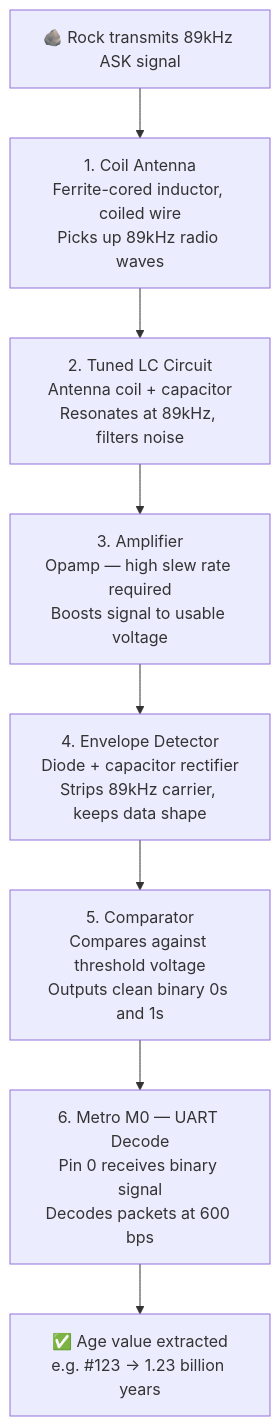
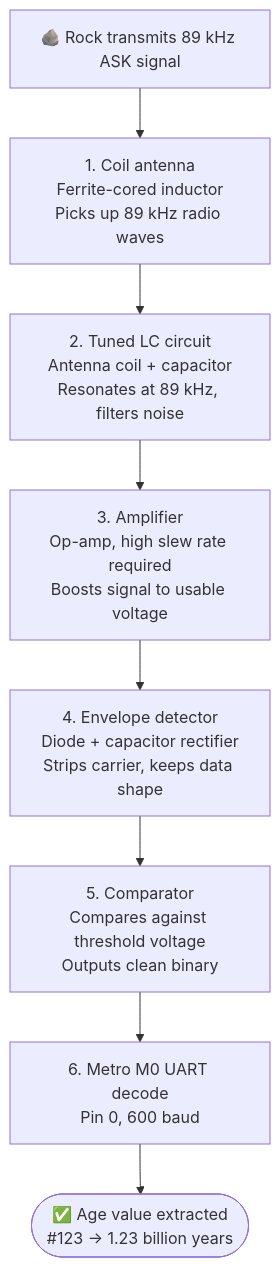
The diagram in sensing/radio/README.md (qaismasri/Luner-ICE), drawn with Mermaid before and after one commit. The commit also changed other lines of this file and 96 other files, not shown here.

````diff
--- a/sensing/radio/README.md
+++ b/sensing/radio/README.md
@@ -10,24 +13,11 @@
 ```mermaid
 flowchart TD
-    A[🪨 Rock transmits 89kHz ASK signal] --> B
-
-    B[1. Coil Antenna\nFerrite-cored inductor, coiled wire\nPicks up 89kHz radio waves]
-    B --> C
-
-    C[2. Tuned LC Circuit\nAntenna coil + capacitor\nResonates at 89kHz, filters noise]
-    C --> D
-
-    D[3. Amplifier\nOpamp — high slew rate required\nBoosts signal to usable voltage]
-    D --> E
-
-    E[4. Envelope Detector\nDiode + capacitor rectifier\nStrips 89kHz carrier, keeps data shape]
-    E --> F
-
-    F[5. Comparator\nCompares against threshold voltage\nOutputs clean binary 0s and 1s]
-    F --> G
-
-    G[6. Metro M0 — UART Decode\nPin 0 receives binary signal\nDecodes packets at 600 bps]
-    G --> H
-
-    H[✅ Age value extracted\ne.g. #123 → 1.23 billion years]
+    A["🪨 Rock transmits 89 kHz ASK signal"] --> B
+    B["1. Coil antenna<br/>Ferrite-cored inductor<br/>Picks up 89 kHz radio waves"] --> C
+    C["2. Tuned LC circuit<br/>Antenna coil + capacitor<br/>Resonates at 89 kHz, filters noise"] --> D
+    D["3. Amplifier<br/>Op-amp, high slew rate required<br/>Boosts signal to usable voltage"] --> E
+    E["4. Envelope detector<br/>Diode + capacitor rectifier<br/>Strips carrier, keeps data shape"] --> F
+    F["5. Comparator<br/>Compares against threshold voltage<br/>Outputs clean binary"] --> G
+    G["6. Metro M0 UART decode<br/>Pin 0, 600 baud"] --> H
+    H(["✅ Age value extracted<br/>#123 → 1.23 billion years"])
 ```
````
